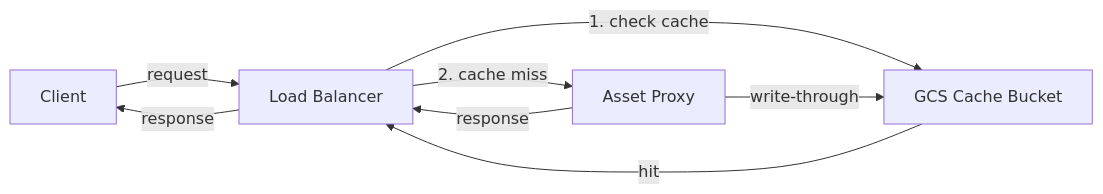
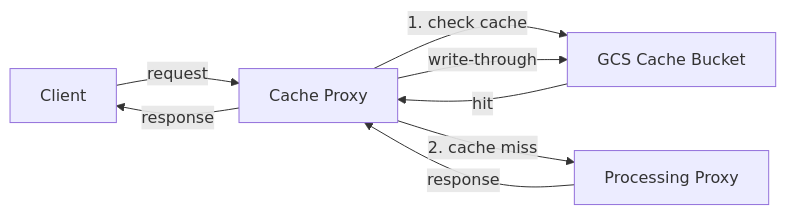
One commit to SocialTip/asset-proxy changed the diagram in README.md. Above: the diagram before and after it, drawn with Mermaid. The commit also changed other lines of this file and 1 other file, not shown here.

Commit message:
docs: document cache proxy mode and FORWARD_URL env var

````diff
--- a/README.md
+++ b/README.md
@@ -73,10 +85,10 @@
 ```mermaid
 flowchart LR
-    Client -->|request| LB[Load Balancer]
-    LB -->|1. check cache| Bucket[GCS Cache Bucket]
-    Bucket -->|hit| LB
-    LB -->|2. cache miss| Proxy[Asset Proxy]
-    Proxy -->|response| LB
-    Proxy -->|write-through| Bucket
-    LB -->|response| Client
+    Client -->|request| Cache[Cache Proxy]
+    Cache -->|1. check cache| Bucket[GCS Cache Bucket]
+    Bucket -->|hit| Cache
+    Cache -->|2. cache miss| Proxy[Processing Proxy]
+    Proxy -->|response| Cache
+    Cache -->|write-through| Bucket
+    Cache -->|response| Client
 ```
````
